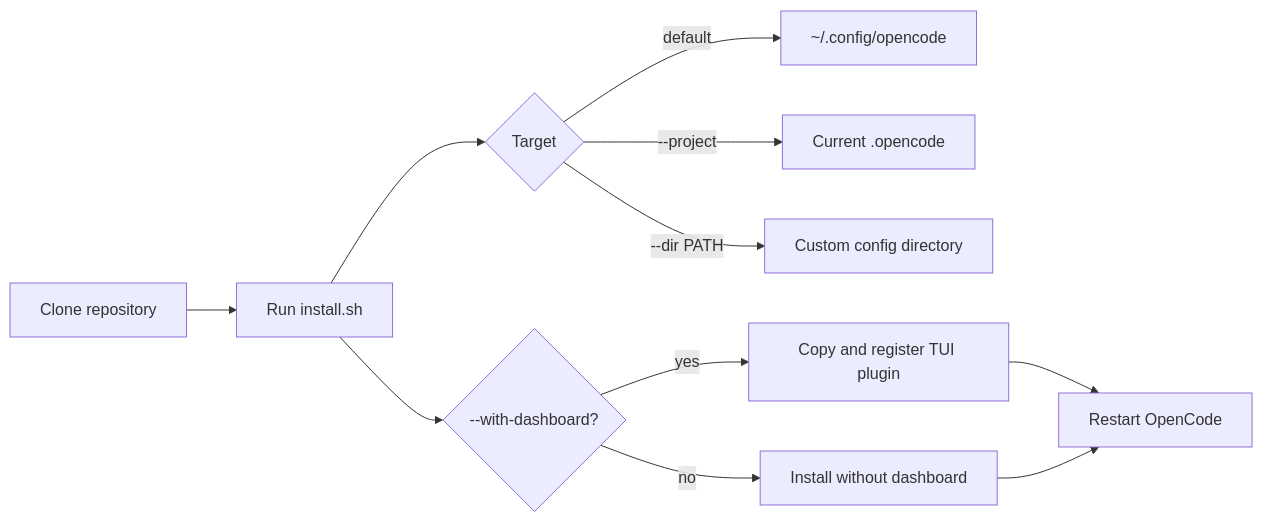
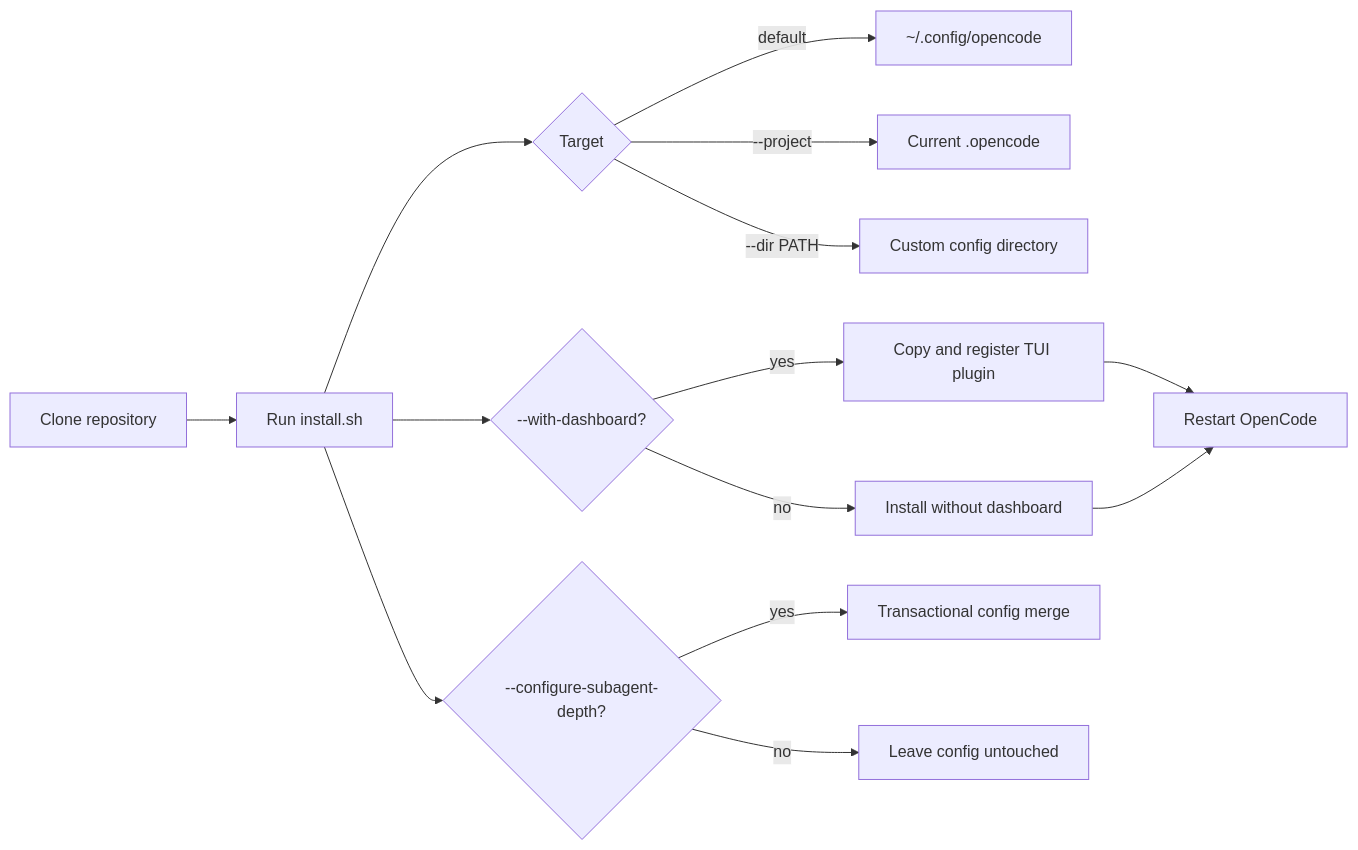
The diagram in docs/src/content/docs/getting-started/installation.md (sean35mm/naru-opencode), drawn with Mermaid before and after one commit. The commit also changed other lines of this file and 18 other files, not shown here.

Commit message:
fix: handle OpenCode subagent depth limits

````diff
--- a/docs/src/content/docs/getting-started/installation.md
+++ b/docs/src/content/docs/getting-started/installation.md
@@ -8,13 +8,16 @@
 ```mermaid
 flowchart LR
   A[Clone repository] --> B[Run install.sh]
   B --> C{Target}
   C -->|default| D[~/.config/opencode]
   C -->|--project| E[Current .opencode]
   C -->|--dir PATH| F[Custom config directory]
   B --> G{--with-dashboard?}
   G -->|yes| H[Copy and register TUI plugin]
   G -->|no| I[Install without dashboard]
   H --> J[Restart OpenCode]
   I --> J
+  B --> K{--configure-subagent-depth?}
+  K -->|yes| L[Transactional config merge]
+  K -->|no| M[Leave config untouched]
 ```
````
